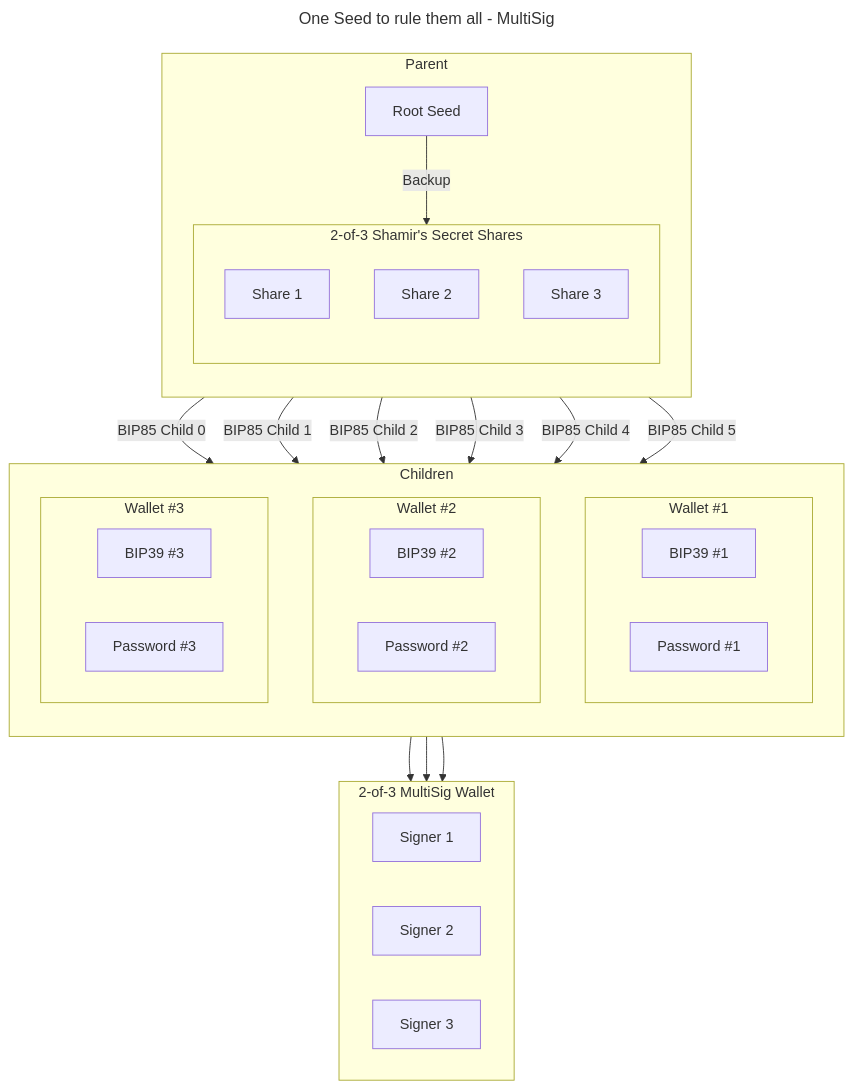
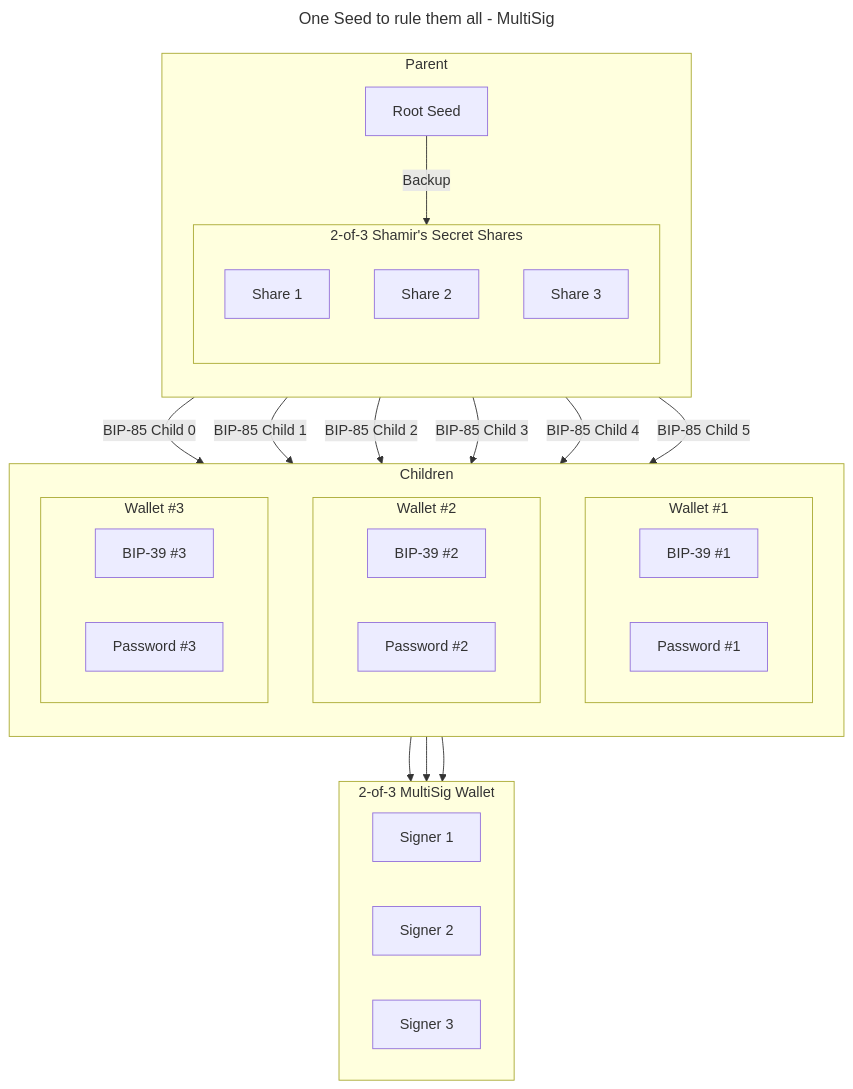
Before and after one commit to LedgerHQ/app-seed-tool: the third of 3 diagrams in README.md, drawn with Mermaid. The commit also changed other lines of this file and 10 other files, not shown here.

````diff
--- a/README.md
+++ b/README.md
@@ -162,50 +183,50 @@
 ```mermaid
 ---
 title: One Seed to rule them all - MultiSig
 ---
 flowchart TB
     1.1 --> |Backup| 1.2
-    1 --> |BIP85 Child 0| 2.1.1
-    1 --> |BIP85 Child 1| 2.1.2
-    1 --> |BIP85 Child 2| 2.2.1
-    1 --> |BIP85 Child 3| 2.2.2
-    1 --> |BIP85 Child 4| 2.3.1
-    1 --> |BIP85 Child 5| 2.3.2
+    1 --> |BIP-85 Child 0| 2.1.1
+    1 --> |BIP-85 Child 1| 2.1.2
+    1 --> |BIP-85 Child 2| 2.2.1
+    1 --> |BIP-85 Child 3| 2.2.2
+    1 --> |BIP-85 Child 4| 2.3.1
+    1 --> |BIP-85 Child 5| 2.3.2
     2.1 --> 3.1
     2.2 --> 3.2
     2.3 --> 3.3
     subgraph 1[Parent]
         direction TB
         1.1[Root Seed]
         subgraph 1.2[2-of-3 Shamir's Secret Shares]
             direction BT
             1.2.1[Share 1]
             1.2.2[Share 2]
             1.2.3[Share 3]
         end
     end
     subgraph 2[Children]
         direction TB
         subgraph 2.1[Wallet #1]
             direction LR
-            2.1.1[BIP39 #1]
+            2.1.1[BIP-39 #1]
             2.1.2[Password #1]
             end
             subgraph 2.2[Wallet #2]
             direction LR
-            2.2.1[BIP39 #2]
+            2.2.1[BIP-39 #2]
             2.2.2[Password #2]
             end
             subgraph 2.3[Wallet #3]
             direction LR
-            2.3.1[BIP39 #3]
+            2.3.1[BIP-39 #3]
             2.3.2[Password #3]
             end
     end
     subgraph 3[2-of-3 MultiSig Wallet]
         direction LR
         3.1[Signer 1]
         3.2[Signer 2]
         3.3[Signer 3]
     end
 ```
````
